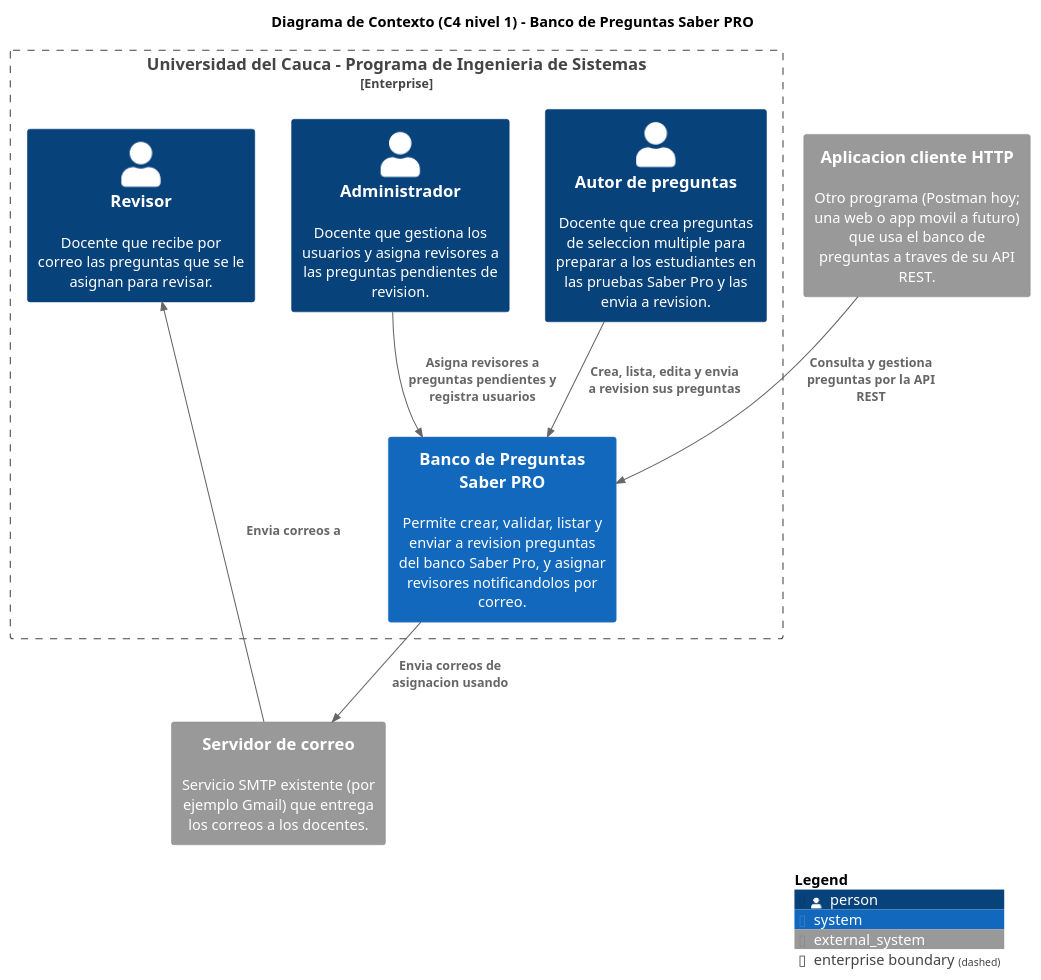
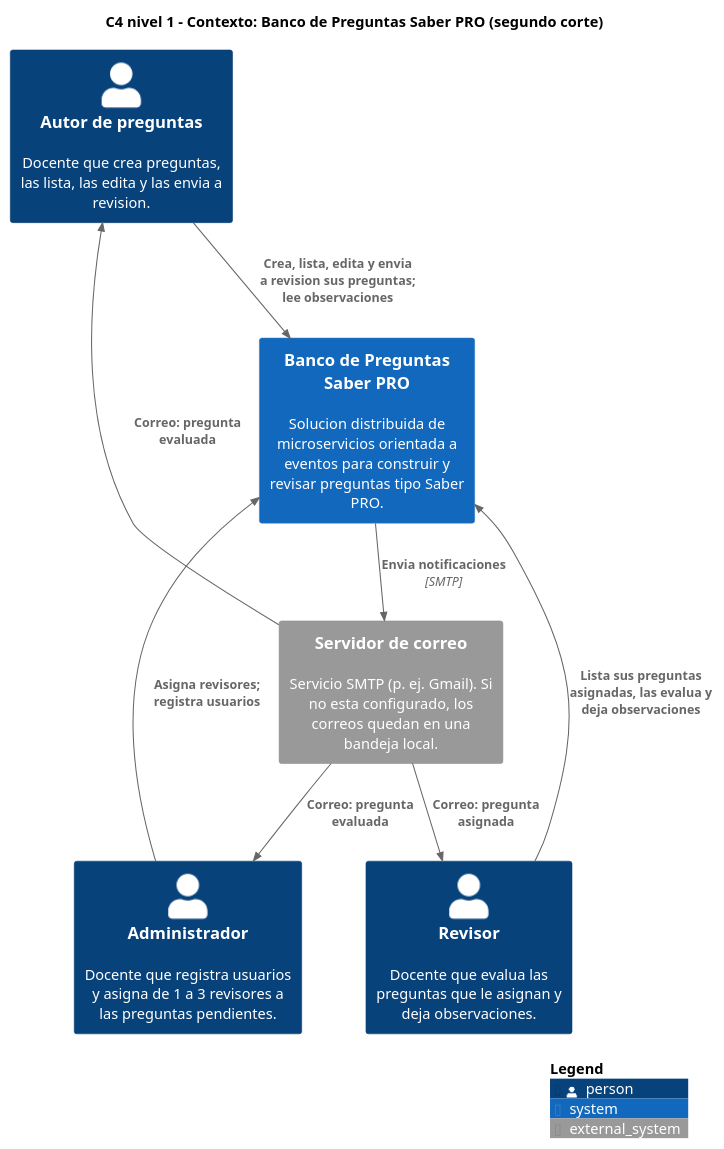
One commit to martinezgrasantiago214/BANCO_PREGUNTAS_SABER_PRO changed the diagram in docs/diagramas/01-c4-contexto.puml. Above: the diagram before and after it, drawn with PlantUML. The commit also changed 26 other files, not shown here.

First line of the commit message:
Documento de arquitectura del segundo corte

```diff
--- a/docs/diagramas/01-c4-contexto.puml
+++ b/docs/diagramas/01-c4-contexto.puml
@@ -1,23 +1,22 @@
 @startuml c4-contexto
-!include https://raw.githubusercontent.com/plantuml-stdlib/C4-PlantUML/master/C4_Context.puml
+!include <C4/C4_Context>
 LAYOUT_TOP_DOWN()
-title Diagrama de Contexto (C4 nivel 1) - Banco de Preguntas Saber PRO
+title C4 nivel 1 - Contexto: Banco de Preguntas Saber PRO (segundo corte)
 
-Enterprise_Boundary(unicauca, "Universidad del Cauca - Programa de Ingenieria de Sistemas") {
-  Person(autor, "Autor de preguntas", "Docente que crea preguntas de seleccion multiple para preparar a los estudiantes en las pruebas Saber Pro y las envia a revision.")
-  Person(admin, "Administrador", "Docente que gestiona los usuarios y asigna revisores a las preguntas pendientes de revision.")
-  Person(revisor, "Revisor", "Docente que recibe por correo las preguntas que se le asignan para revisar.")
-  System(banco, "Banco de Preguntas Saber PRO", "Permite crear, validar, listar y enviar a revision preguntas del banco Saber Pro, y asignar revisores notificandolos por correo.")
-}
+Person(autor, "Autor de preguntas", "Docente que crea preguntas, las lista, las edita y las envia a revision.")
+Person(admin, "Administrador", "Docente que registra usuarios y asigna de 1 a 3 revisores a las preguntas pendientes.")
+Person(revisor, "Revisor", "Docente que evalua las preguntas que le asignan y deja observaciones.")
 
-System_Ext(correo, "Servidor de correo", "Servicio SMTP existente (por ejemplo Gmail) que entrega los correos a los docentes.")
-System_Ext(cliente, "Aplicacion cliente HTTP", "Otro programa (Postman hoy; una web o app movil a futuro) que usa el banco de preguntas a traves de su API REST.")
+System(banco, "Banco de Preguntas Saber PRO", "Solucion distribuida de microservicios orientada a eventos para construir y revisar preguntas tipo Saber PRO.")
+System_Ext(correo, "Servidor de correo", "Servicio SMTP (p. ej. Gmail). Si no esta configurado, los correos quedan en una bandeja local.")
 
-Rel(autor, banco, "Crea, lista, edita y envia a revision sus preguntas")
-Rel(admin, banco, "Asigna revisores a preguntas pendientes y registra usuarios")
-Rel(cliente, banco, "Consulta y gestiona preguntas por la API REST")
-Rel(banco, correo, "Envia correos de asignacion usando")
-Rel(correo, revisor, "Envia correos a")
+Rel(autor, banco, "Crea, lista, edita y envia a revision sus preguntas; lee observaciones")
+Rel(admin, banco, "Asigna revisores; registra usuarios")
+Rel(revisor, banco, "Lista sus preguntas asignadas, las evalua y deja observaciones")
+Rel(banco, correo, "Envia notificaciones", "SMTP")
+Rel(correo, revisor, "Correo: pregunta asignada")
+Rel(correo, autor, "Correo: pregunta evaluada")
+Rel(correo, admin, "Correo: pregunta evaluada")
 
 SHOW_LEGEND()
 @enduml
```
